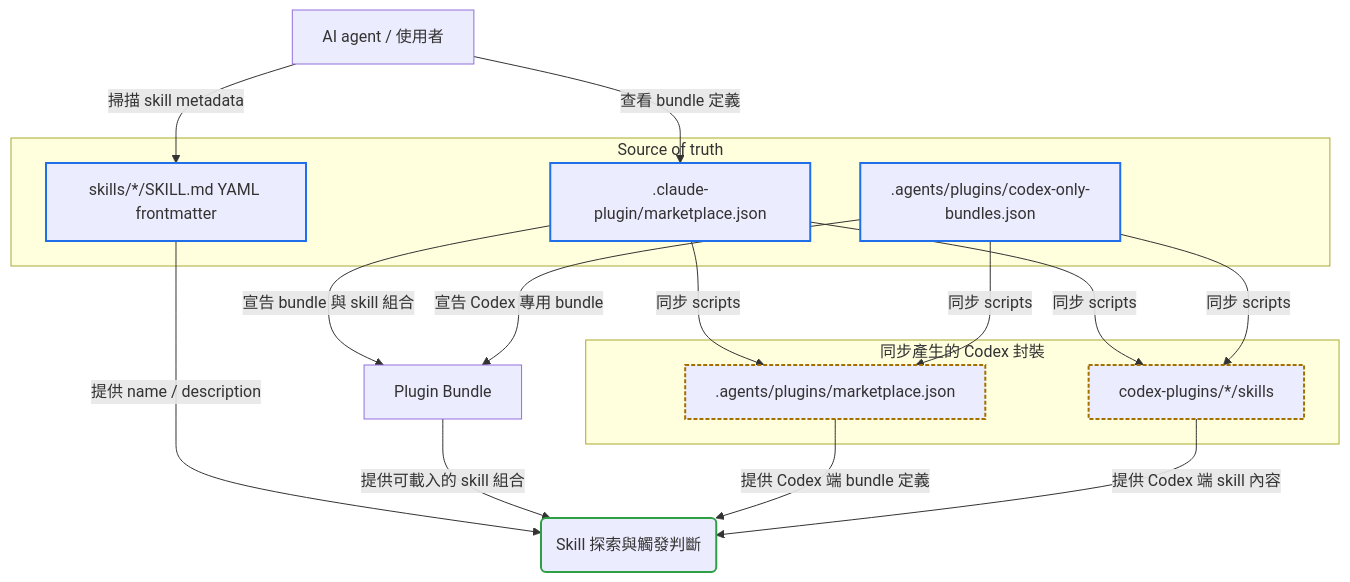
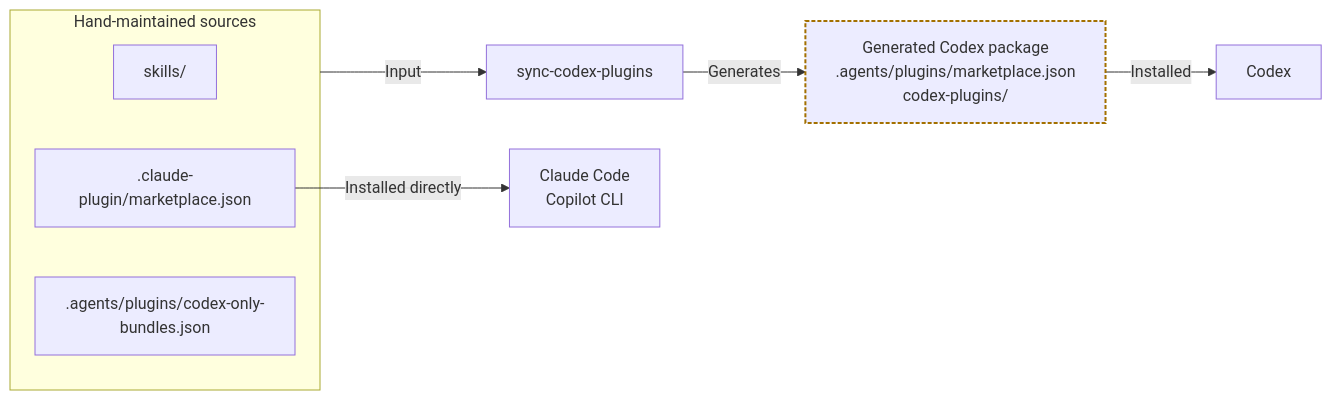
Before and after one commit to Aery9527/misty-marketplace: the diagram in README.md, drawn with Mermaid. The commit also changed other lines of this file and 3 other files, not shown here.

````diff
--- a/README.md
+++ b/README.md
@@ -21,38 +80,20 @@
 ```mermaid
-flowchart TD
-    Agent["AI agent / 使用者"]
-    Bundle["Plugin Bundle"]
-    Discovery("Skill 探索與觸發判斷")
-
-    subgraph Truth["Source of truth"]
-        Marketplace[".claude-plugin/marketplace.json"]
+flowchart LR
+    accTitle: Packaging flow
+    accDescr: Claude Code and Copilot CLI install from the shared catalog; Codex installs from a package generated out of all hand-maintained sources.
+    subgraph Sources["Hand-maintained sources"]
+        Skills["skills/"]
+        Shared[".claude-plugin/marketplace.json"]
         CodexOnly[".agents/plugins/codex-only-bundles.json"]
-        Frontmatter["skills/*/SKILL.md YAML frontmatter"]
     end
-
-    subgraph Package["同步產生的 Codex 封裝"]
-        CodexMarketplace[".agents/plugins/marketplace.json"]
-        CodexPackages["codex-plugins/*/skills"]
-    end
-
-    Agent -->|查看 bundle 定義| Marketplace
-    Agent -->|掃描 skill metadata| Frontmatter
-    Marketplace -->|宣告 bundle 與 skill 組合| Bundle
-    Marketplace -->|同步 scripts| CodexMarketplace
-    Marketplace -->|同步 scripts| CodexPackages
-    CodexOnly -->|宣告 Codex 專用 bundle| Bundle
-    CodexOnly -->|同步 scripts| CodexMarketplace
-    CodexOnly -->|同步 scripts| CodexPackages
-    Frontmatter -->|提供 name / description| Discovery
-    Bundle -->|提供可載入的 skill 組合| Discovery
-    CodexMarketplace -->|提供 Codex 端 bundle 定義| Discovery
-    CodexPackages -->|提供 Codex 端 skill 內容| Discovery
-
-    classDef source stroke:#1f6feb,stroke-width:2px
+    Sync["sync-codex-plugins"]
+    CodexPkg["Generated Codex package<br/>.agents/plugins/marketplace.json<br/>codex-plugins/"]
+    Claude["Claude Code<br/>Copilot CLI"]
+    Codex["Codex"]
+    Shared -->|Installed directly| Claude
+    Sources -->|Input| Sync
+    Sync -->|Generates| CodexPkg
+    CodexPkg -->|Installed| Codex
     classDef synced stroke:#a37000,stroke-width:2px,stroke-dasharray:4 2
-    classDef output stroke:#2ea043,stroke-width:2px
-
-    class Marketplace,CodexOnly,Frontmatter source
-    class CodexMarketplace,CodexPackages synced
-    class Discovery output
+    class CodexPkg synced
 ```
````
